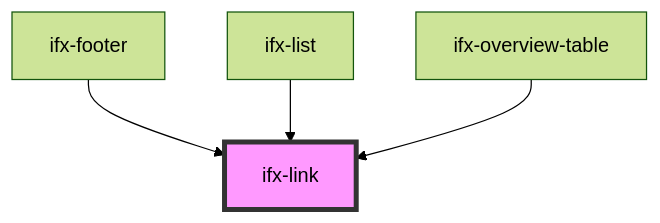
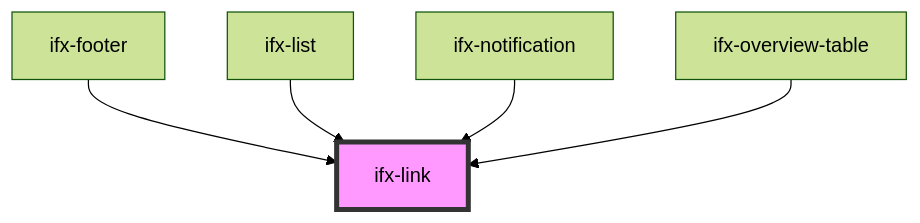
One commit to Infineon/infineon-design-system-stencil changed the diagram in packages/components/src/components/link/readme.md. Above: the diagram before and after it, drawn with Mermaid (forest theme). The commit also changed other lines of this file and 1 other file, not shown here.

Commit message:
clean install

````diff
--- a/packages/components/src/components/link/readme.md
+++ b/packages/components/src/components/link/readme.md
@@ -28,7 +29,8 @@
 ```mermaid
 graph TD;
   ifx-footer --> ifx-link
   ifx-list --> ifx-link
+  ifx-notification --> ifx-link
   ifx-overview-table --> ifx-link
   style ifx-link fill:#f9f,stroke:#333,stroke-width:4px
 ```
````
